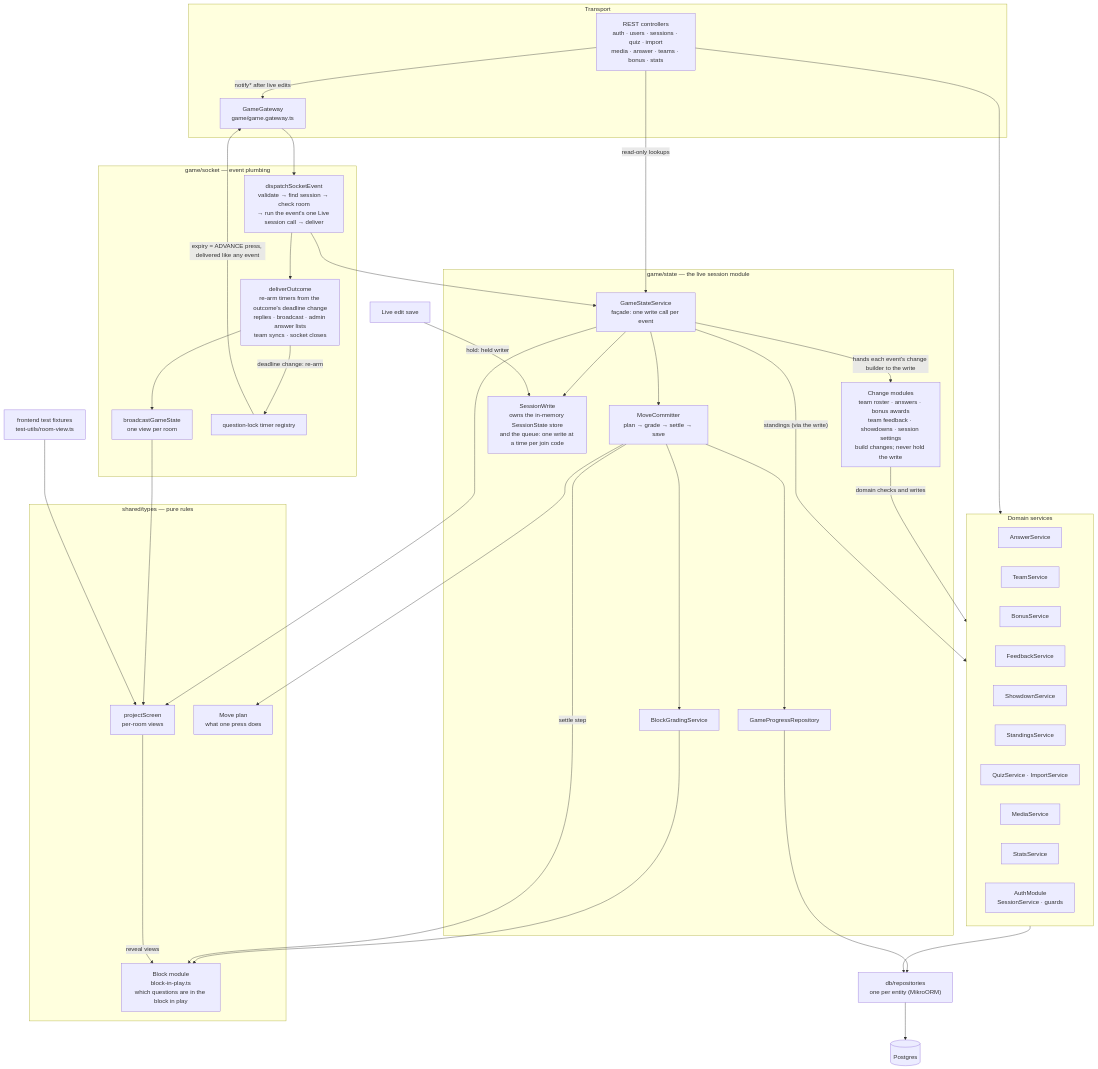
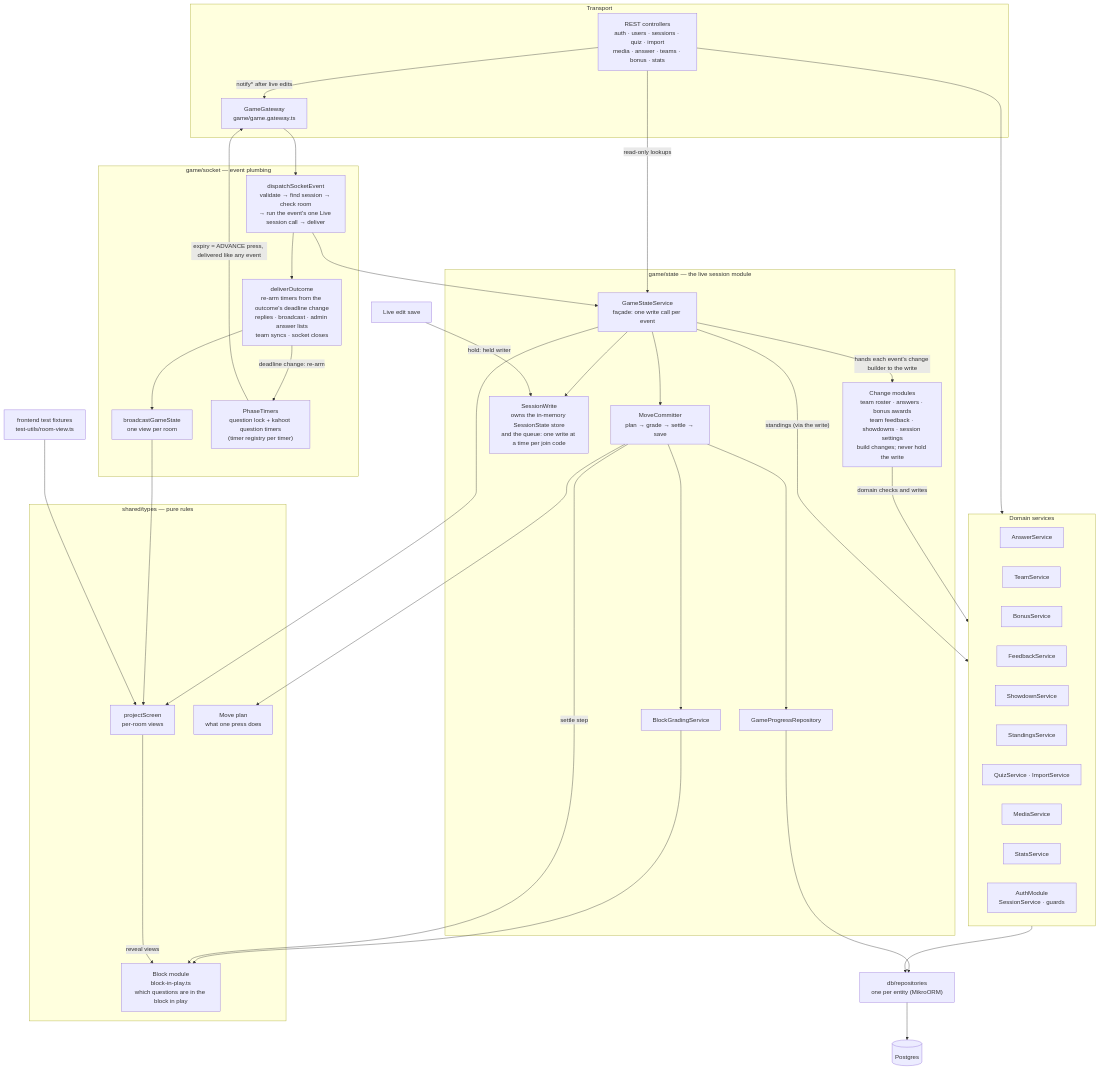
One commit to Sid0rr0/campus-pubquiz changed the third of 8 diagrams in docs/architecture.md. Above: the diagram before and after it, drawn with Mermaid. The commit also changed 4 other files, not shown here.

Commit message:
refactor(backend): extract phase timers from game gateway

````diff
--- a/docs/architecture.md
+++ b/docs/architecture.md
@@ -73,71 +73,71 @@
 ```mermaid
 flowchart TD
   subgraph transport["Transport"]
     gw["GameGateway<br/>game/game.gateway.ts"]
     rest["REST controllers<br/>auth · users · sessions · quiz · import<br/>media · answer · teams · bonus · stats"]
   end
 
   subgraph socket["game/socket — event plumbing"]
     dispatch["dispatchSocketEvent<br/>validate → find session → check room<br/>→ run the event's one Live session call → deliver"]
     deliver["deliverOutcome<br/>re-arm timers from the outcome's deadline change<br/>replies · broadcast · admin answer lists<br/>team syncs · socket closes"]
     broadcast["broadcastGameState<br/>one view per room"]
-    timers["question-lock timer registry"]
+    timers["PhaseTimers<br/>question lock + kahoot question timers<br/>(timer registry per timer)"]
   end
 
   subgraph state["game/state — the live session module"]
     gss["GameStateService<br/>façade: one write call per event"]
     changes["Change modules<br/>team roster · answers · bonus awards<br/>team feedback · showdowns · session settings<br/>build changes; never hold the write"]
     write["SessionWrite<br/>owns the in-memory SessionState store<br/>and the queue: one write at a time per join code"]
     mover["MoveCommitter<br/>plan → grade → settle → save"]
     grading["BlockGradingService"]
     progress["GameProgressRepository"]
   end
 
   subgraph shared["shared/types — pure rules"]
     project["projectScreen<br/>per-room views"]
     plan["Move plan<br/>what one press does"]
     block["Block module<br/>block-in-play.ts<br/>which questions are in the block in play"]
   end
 
   subgraph domain["Domain services"]
     answer["AnswerService"]
     team["TeamService"]
     bonus["BonusService"]
     feedback["FeedbackService"]
     showdown["ShowdownService"]
     standings["StandingsService"]
     quiz["QuizService · ImportService"]
     media["MediaService"]
     stats["StatsService"]
     auth["AuthModule<br/>SessionService · guards"]
   end
 
   repos["db/repositories<br/>one per entity (MikroORM)"]
   db[("Postgres")]
 
   gw --> dispatch --> gss
   dispatch --> deliver --> broadcast --> project
   deliver -->|"deadline change: re-arm"| timers
   timers -->|"expiry = ADVANCE press, delivered like any event"| gw
   rest -->|"notify* after live edits"| gw
   rest -->|read-only lookups| gss
   rest --> domain
 
   gss --> write
   gss -->|"hands each event's change builder to the write"| changes
   changes -->|"domain checks and writes"| domain
   live["Live edit save"] -->|"hold: held writer"| write
   gss --> mover --> grading
   mover --> progress
   mover --> plan
   grading --> block
   mover -->|"settle step"| block
   project -->|"reveal views"| block
   gss --> project
   fixtures["frontend test fixtures<br/>test-utils/room-view.ts"] --> project
   gss -->|"standings (via the write)"| domain
 
   domain --> repos
   progress --> repos
   repos --> db
 ```
````
